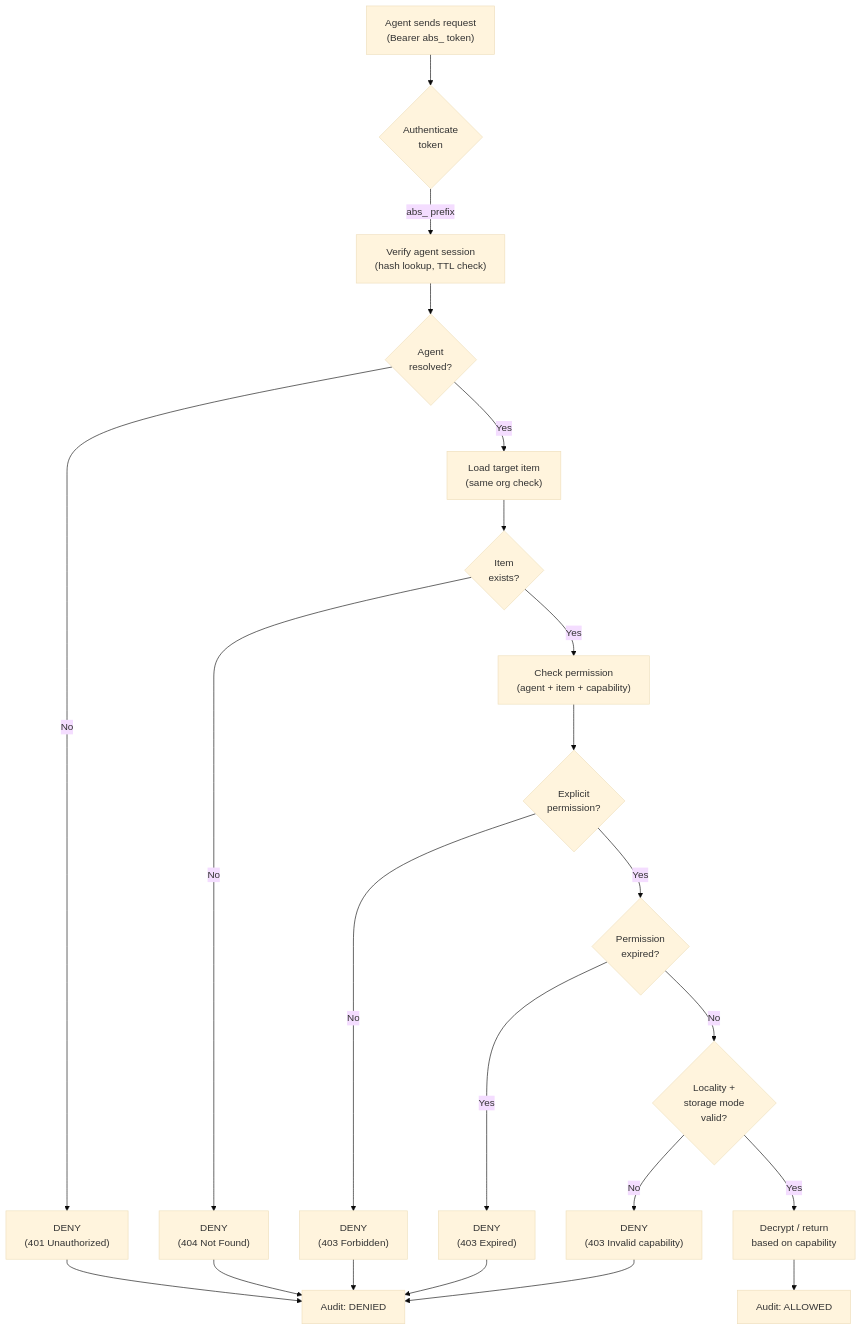
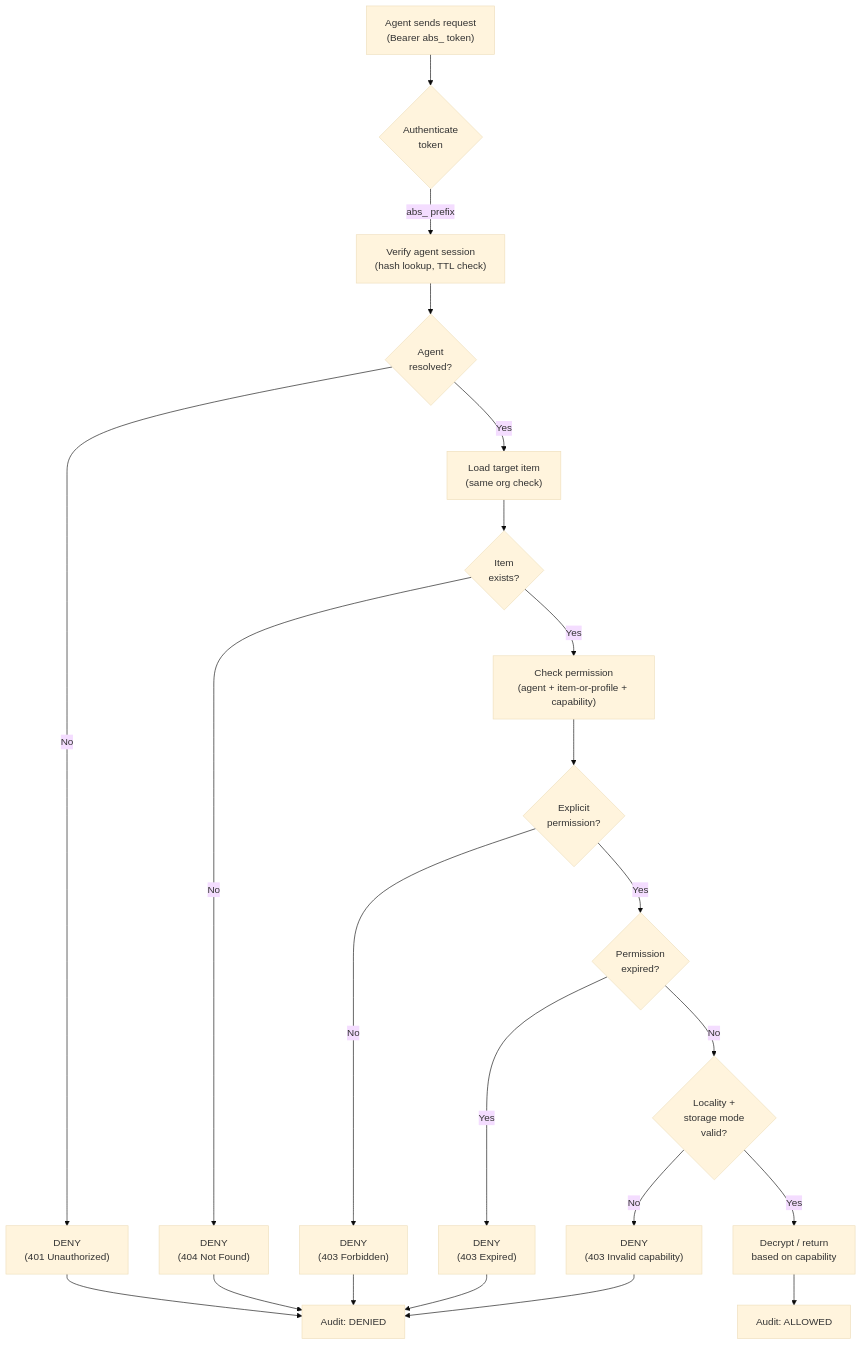
Diagram 13 of 16 in apps/docs/workflows/flows.mdx (punitarani/abadge), drawn with Mermaid (base theme) before and after one commit. The commit also changed other lines of this file and 217 other files, not shown here.

````diff
--- a/apps/docs/workflows/flows.mdx
+++ b/apps/docs/workflows/flows.mdx
@@ -246,31 +277,31 @@
 ```mermaid
 flowchart TD
   Start["Agent sends request<br/>(Bearer abs_ token)"] --> AuthCheck{"Authenticate<br/>token"}
   AuthCheck -->|"abs_ prefix"| SessionAuth["Verify agent session<br/>(hash lookup, TTL check)"]
 
   SessionAuth --> Resolved{"Agent<br/>resolved?"}
 
   Resolved -->|No| Deny1["DENY<br/>(401 Unauthorized)"]
   Resolved -->|Yes| LoadItem["Load target item<br/>(same org check)"]
 
   LoadItem --> ItemExists{"Item<br/>exists?"}
   ItemExists -->|No| Deny2["DENY<br/>(404 Not Found)"]
-  ItemExists -->|Yes| PermCheck["Check permission<br/>(agent + item + capability)"]
+  ItemExists -->|Yes| PermCheck["Check permission<br/>(agent + item-or-profile + capability)"]
 
   PermCheck --> HasPerm{"Explicit<br/>permission?"}
   HasPerm -->|No| Deny3["DENY<br/>(403 Forbidden)"]
   HasPerm -->|Yes| Expired{"Permission<br/>expired?"}
 
   Expired -->|Yes| Deny4["DENY<br/>(403 Expired)"]
   Expired -->|No| LocalityCheck{"Locality +<br/>storage mode<br/>valid?"}
 
   LocalityCheck -->|No| Deny5["DENY<br/>(403 Invalid capability)"]
   LocalityCheck -->|Yes| Decrypt["Decrypt / return<br/>based on capability"]
 
   Decrypt --> AuditAllow["Audit: ALLOWED"]
   Deny1 --> AuditDeny["Audit: DENIED"]
   Deny2 --> AuditDeny
   Deny3 --> AuditDeny
   Deny4 --> AuditDeny
   Deny5 --> AuditDeny
 ```
````
